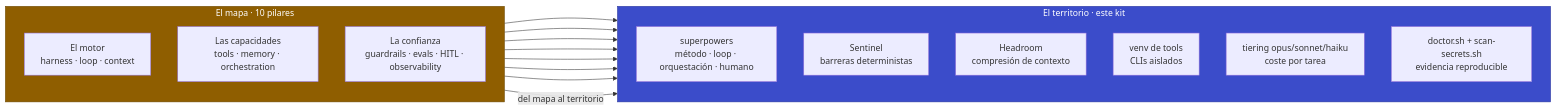
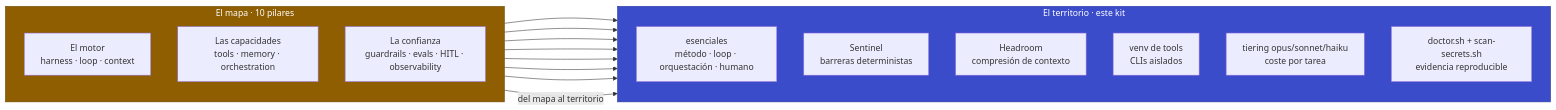
The diagram in kit/docs/01-overview.md (manuelcozar55/setup-claude-code), drawn with Mermaid before and after one commit. The commit also changed other lines of this file and 9 other files, not shown here.

First line of the commit message:
docs(plugin): install-plugins y la doc pasan de superpowers a esenciales

````diff
--- a/kit/docs/01-overview.md
+++ b/kit/docs/01-overview.md
@@ -46,30 +46,30 @@
 ```mermaid
 flowchart LR
     subgraph MAPA["El mapa · 10 pilares"]
         direction TB
         M["El motor<br/>harness · loop · context"]
         C["Las capacidades<br/>tools · memory · orchestration"]
         T["La confianza<br/>guardrails · evals · HITL · observability"]
     end
     subgraph TERR["El territorio · este kit"]
         direction TB
-        SP["superpowers<br/>método · loop · orquestación · humano"]
+        SP["esenciales<br/>método · loop · orquestación · humano"]
         SE["Sentinel<br/>barreras deterministas"]
         HR["Headroom<br/>compresión de contexto"]
         VE["venv de tools<br/>CLIs aislados"]
         TI["tiering opus/sonnet/haiku<br/>coste por tarea"]
         DR["doctor.sh + scan-secrets.sh<br/>evidencia reproducible"]
     end
     M --> SP
     M --> HR
     M --> VE
     C --> SP
     C --> TI
     T --> SE
     T --> DR
     MAPA -->|"del mapa al territorio"| TERR
     classDef mapa fill:#8F5E00,stroke:#6B4600,color:#FFFFFF
     classDef terr fill:#3B4CCA,stroke:#2A379B,color:#FFFFFF
     class MAPA mapa
     class TERR terr
 ```
````
